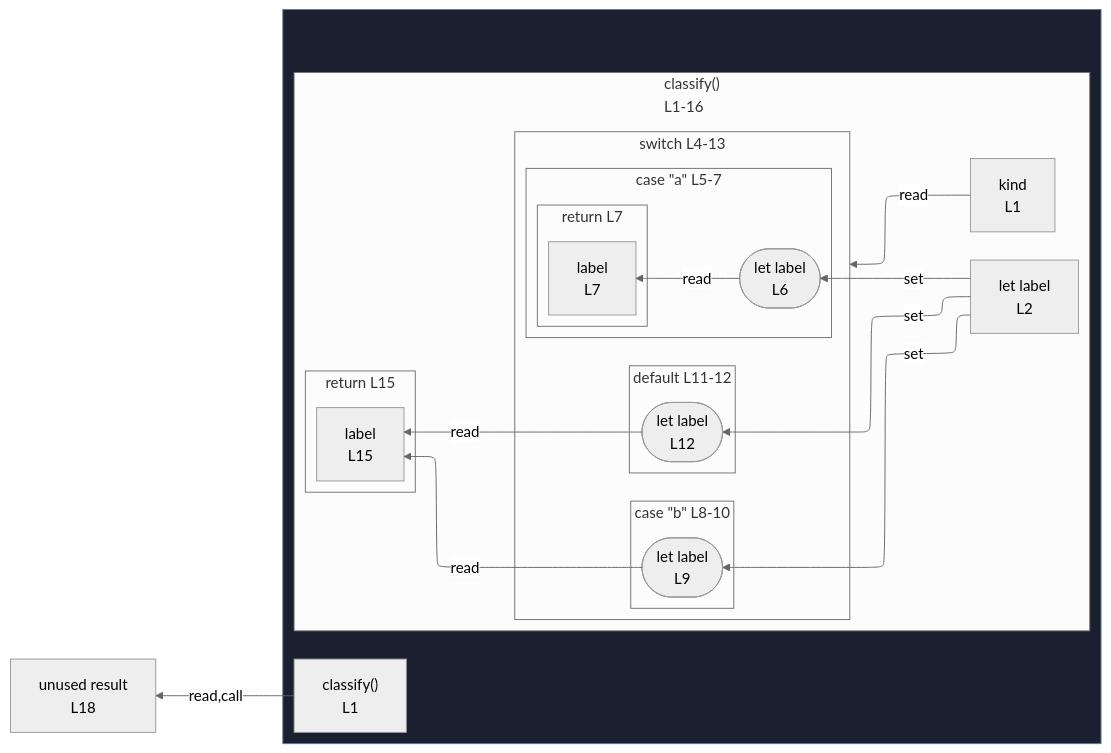
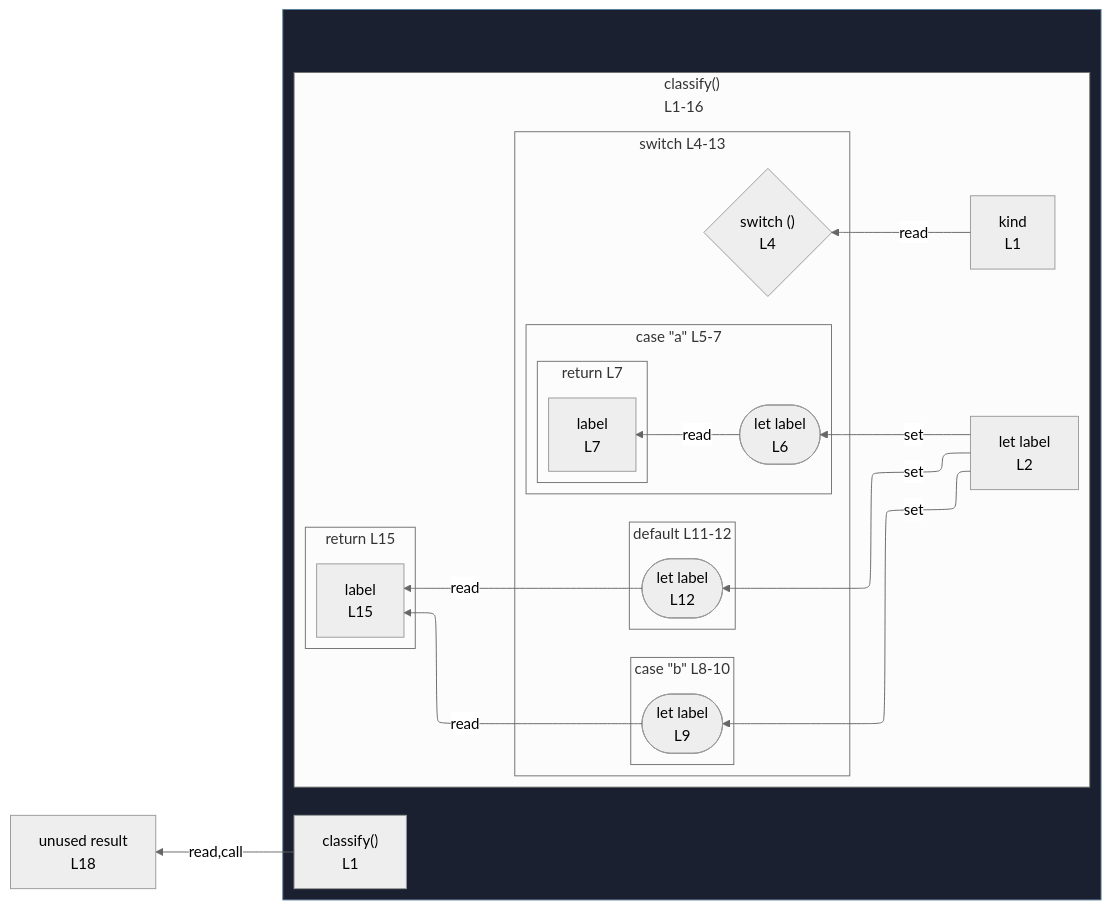
The diagram in integration/fixtures/control-switch-return/preview.md (crescware/unsnarl), drawn with Mermaid (neutral theme) before and after one commit. The commit also changed 65 other files, not shown here.

````diff
--- a/integration/fixtures/control-switch-return/preview.md
+++ b/integration/fixtures/control-switch-return/preview.md
@@ -28,47 +28,48 @@
 ```mermaid
 %%{init: {"flowchart": {"defaultRenderer": "elk"}}}%%
 flowchart RL
   n_scope_0_result_243["unused result<br/>L18"]
   subgraph wrap_s_scope_1[" "]
     direction TB
     n_scope_0_classify_9["classify()<br/>L1"]
     subgraph s_scope_1["classify()<br/>L1-16"]
       direction RL
       n_scope_1_kind_18["kind<br/>L1"]
       n_scope_1_label_40["let label<br/>L2"]
       subgraph s_scope_2["switch L4-13"]
         direction RL
+        switch_discriminant_scope_1_55{"switch ()<br/>L4"}
         subgraph s_scope_3["case &quot;a&quot; L5-7"]
           direction RL
           wr_ref_1(["let label<br/>L6"])
           subgraph s_return_scope_0_classify_9_114_127["return L7"]
             direction RL
             ret_use_ref_2["label<br/>L7"]
           end
         end
         subgraph s_scope_4["case &quot;b&quot; L8-10"]
           direction RL
           wr_ref_3(["let label<br/>L9"])
         end
         subgraph s_scope_5["default L11-12"]
           direction RL
           wr_ref_4(["let label<br/>L12"])
         end
       end
       subgraph s_return_scope_0_classify_9_220_233["return L15"]
         direction RL
         ret_use_ref_5["label<br/>L15"]
       end
     end
   end
   n_scope_1_label_40 -->|set| wr_ref_1
   n_scope_1_label_40 -->|set| wr_ref_3
   n_scope_1_label_40 -->|set| wr_ref_4
-  n_scope_1_kind_18 -->|read| s_scope_2
+  n_scope_1_kind_18 -->|read| switch_discriminant_scope_1_55
   wr_ref_1 -->|read| ret_use_ref_2
   wr_ref_3 -->|read| ret_use_ref_5
   wr_ref_4 -->|read| ret_use_ref_5
   n_scope_0_classify_9 -->|read,call| n_scope_0_result_243
   classDef fnWrap fill:#1a2030,stroke:#5a7d99;
   class wrap_s_scope_1 fnWrap;
 ```
````
